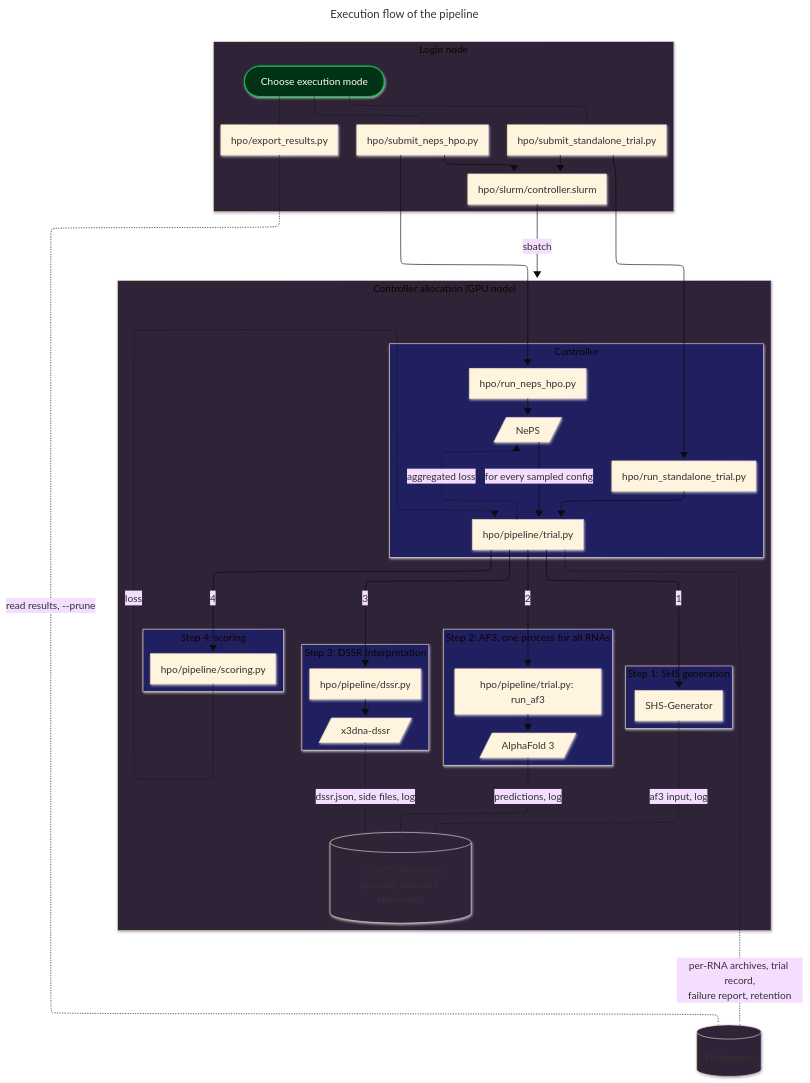
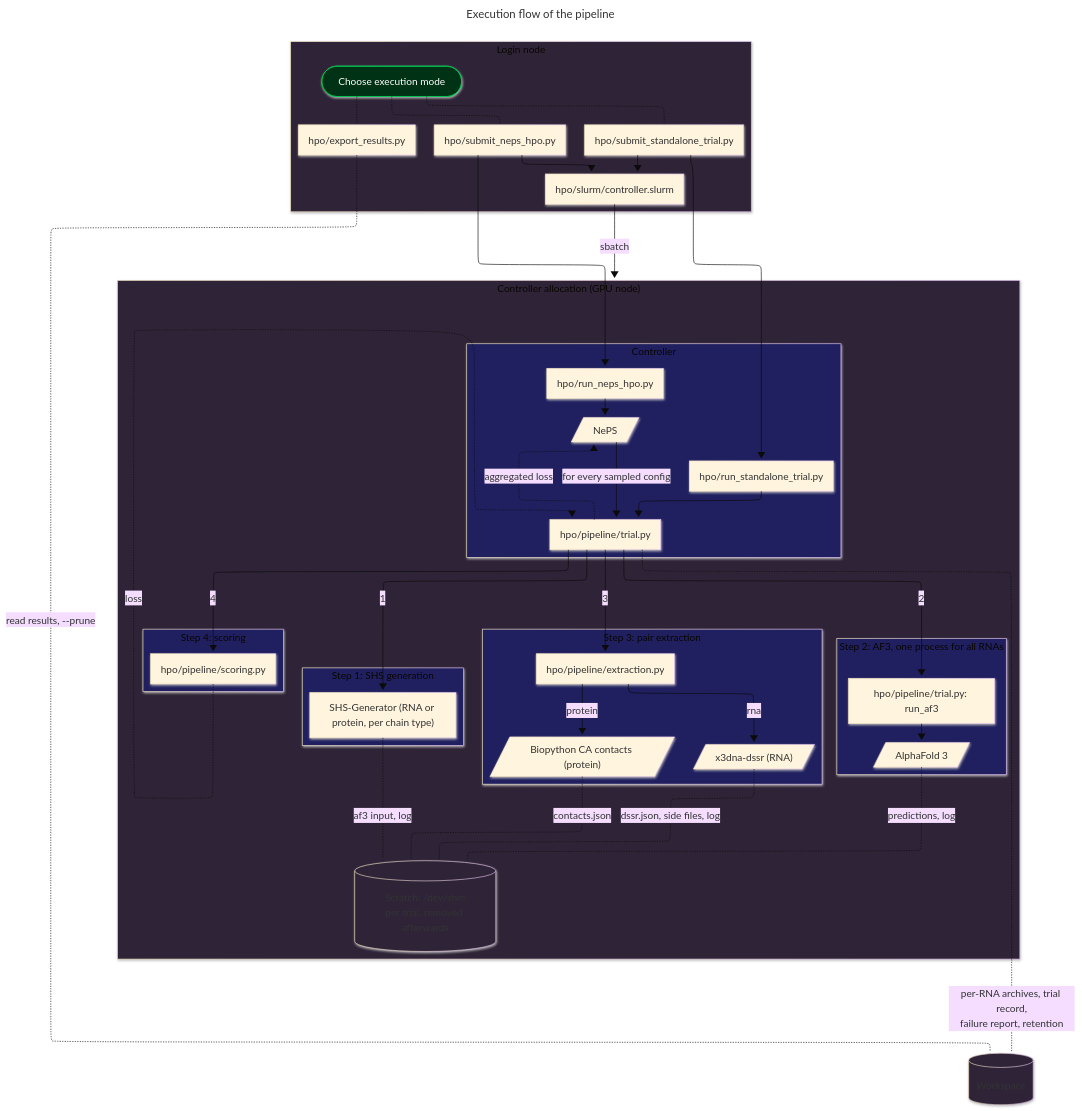
Before and after one commit to automl/SyntheticEvolution: the diagram in hpo/docs/pipeline_flow.mmd, drawn with Mermaid (base theme). The commit also changed 37 other files, not shown here.

First line of the commit message:
feat(hpo): protein support via a type-aware extraction step

```diff
--- a/hpo/docs/pipeline_flow.mmd
+++ b/hpo/docs/pipeline_flow.mmd
@@ -1,92 +1,95 @@
 ---
 title: Execution flow of the pipeline
 config:
     look: neo
     layout: elk
 ---
 flowchart TD
 
 subgraph LoginNode["Login node"]
     User(["Choose execution mode"])
     SubmitStandalone["hpo/submit_standalone_trial.py"]
     SubmitNeps["hpo/submit_neps_hpo.py"]
     Slurm["hpo/slurm/controller.slurm"]
     Export["hpo/export_results.py"]
 end
 
 subgraph CpuNode["Controller allocation (GPU node)"]
 
     subgraph StepController["Controller"]
         Trial["hpo/pipeline/trial.py"]
         RunStandalone["hpo/run_standalone_trial.py"]
         RunNeps["hpo/run_neps_hpo.py"]
         NePS[/"NePS"/]
     end
 
     subgraph Step1["Step 1: SHS generation"]
-        SHSGenerator["SHS-Generator"]
+        SHSGenerator["SHS-Generator (RNA or protein, per chain type)"]
     end
 
     subgraph Step2["Step 2: AF3, one process for all RNAs"]
         AF3Task["hpo/pipeline/trial.py: run_af3"]
         AF3[/"AlphaFold 3"/]
     end
 
-    subgraph Step3["Step 3: DSSR interpretation"]
-        DSSR["hpo/pipeline/dssr.py"]
-        DSSRTool[/"x3dna-dssr"/]
+    subgraph Step3["Step 3: pair extraction"]
+        Extraction["hpo/pipeline/extraction.py"]
+        DSSRTool[/"x3dna-dssr (RNA)"/]
+        Biopython[/"Biopython CA contacts (protein)"/]
     end
 
     subgraph Step4["Step 4: scoring"]
         Scoring["hpo/pipeline/scoring.py"]
     end
 
     Scratch[("Scratch: /dev/shm\nper trial, removed afterwards")]
 
 end
 
 Workspace[("Workspace")]
 
 %% Three login-node execution paths.
 User -.- SubmitStandalone & SubmitNeps & Export
 SubmitNeps --> RunNeps & Slurm
 SubmitStandalone --> RunStandalone & Slurm
 Slurm --"sbatch"--> CpuNode
 
 %% Controller startup and trial ownership.
 RunStandalone --> Trial
 RunNeps --> NePS --"for every sampled config"--> Trial
 Trial -."aggregated loss".-> NePS
 
 %% trial.py executes the four stages in order.
 Trial --"1"--> SHSGenerator 
 Trial --"2"--> AF3Task
-Trial --"3"--> DSSR 
+Trial --"3"--> Extraction
 Trial --"4"--> Scoring
 %% Step 1
 %% Step 2
 AF3Task --> AF3
 %% Step 3
-DSSR --> DSSRTool
+Extraction --"rna"--> DSSRTool
+Extraction --"protein"--> Biopython
 %% Step 4
 Scoring -."loss".-> Trial
 
 %% Tools work in scratch; only the trial writes to the workspace.
 SHSGenerator -."af3 input, log".- Scratch
 AF3 -."predictions, log".- Scratch
 DSSRTool -."dssr.json, side files, log".- Scratch
+Biopython -."contacts.json".- Scratch
 Trial -."per-RNA archives, trial record,\nfailure report, retention".- Workspace
 Export -."read results, --prune".- Workspace
 
 style User color:#FFFFFF, stroke:#00C853, fill:#003215
 
 style CpuNode fill:#2f2437
 style LoginNode fill:#2f2437
 style Workspace fill:#2f2437
 style Scratch fill:#2f2437
 
 style StepController fill:#202060
 style Step1 fill:#202060
 style Step2 fill:#202060
 style Step3 fill:#202060
 style Step4 fill:#202060
```
